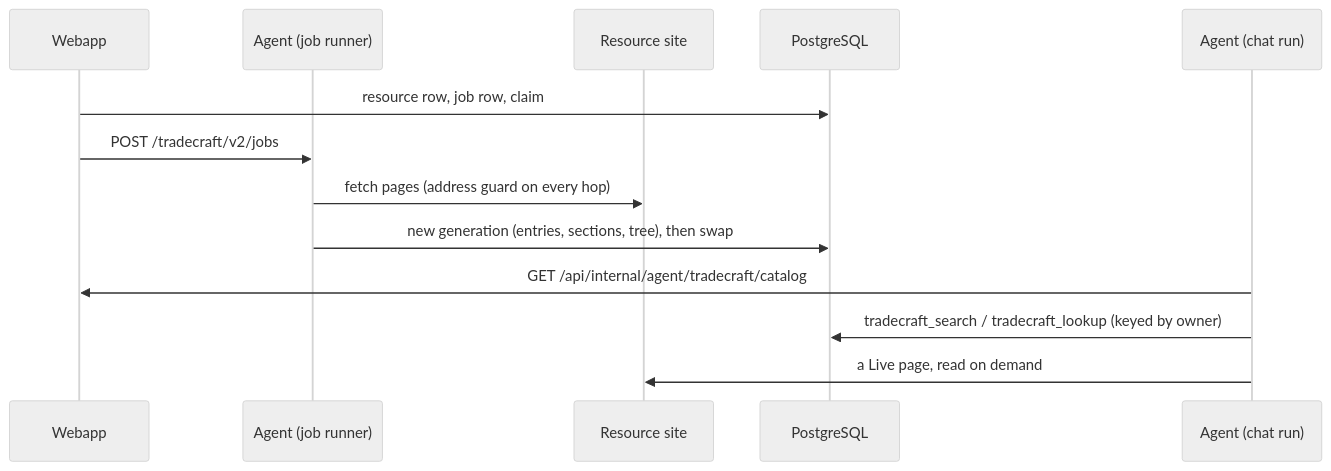
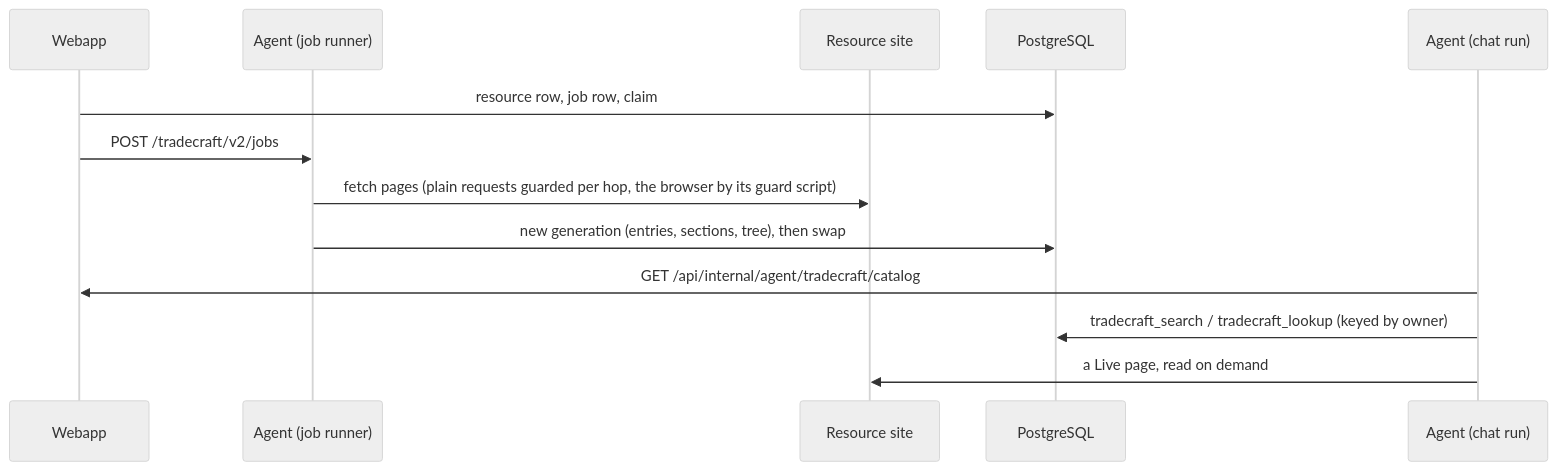
Before and after one commit to samugit83/redamon: the seventh of 9 diagrams in docs/readmes/ARCHITECTURE.md, drawn with Mermaid (neutral theme). The commit also changed 7 other files, not shown here.

````diff
--- a/docs/readmes/ARCHITECTURE.md
+++ b/docs/readmes/ARCHITECTURE.md
@@ -445,16 +445,16 @@
 ```mermaid
 sequenceDiagram
     participant Webapp
     participant Agent as Agent (job runner)
     participant Site as Resource site
     participant PG as PostgreSQL
     participant Run as Agent (chat run)
 
     Webapp->>PG: resource row, job row, claim
     Webapp->>Agent: POST /tradecraft/v2/jobs
-    Agent->>Site: fetch pages (address guard on every hop)
+    Agent->>Site: fetch pages (plain requests guarded per hop, the browser by its guard script)
     Agent->>PG: new generation (entries, sections, tree), then swap
     Run->>Webapp: GET /api/internal/agent/tradecraft/catalog
     Run->>PG: tradecraft_search / tradecraft_lookup (keyed by owner)
     Run->>Site: a Live page, read on demand
 ```
````
